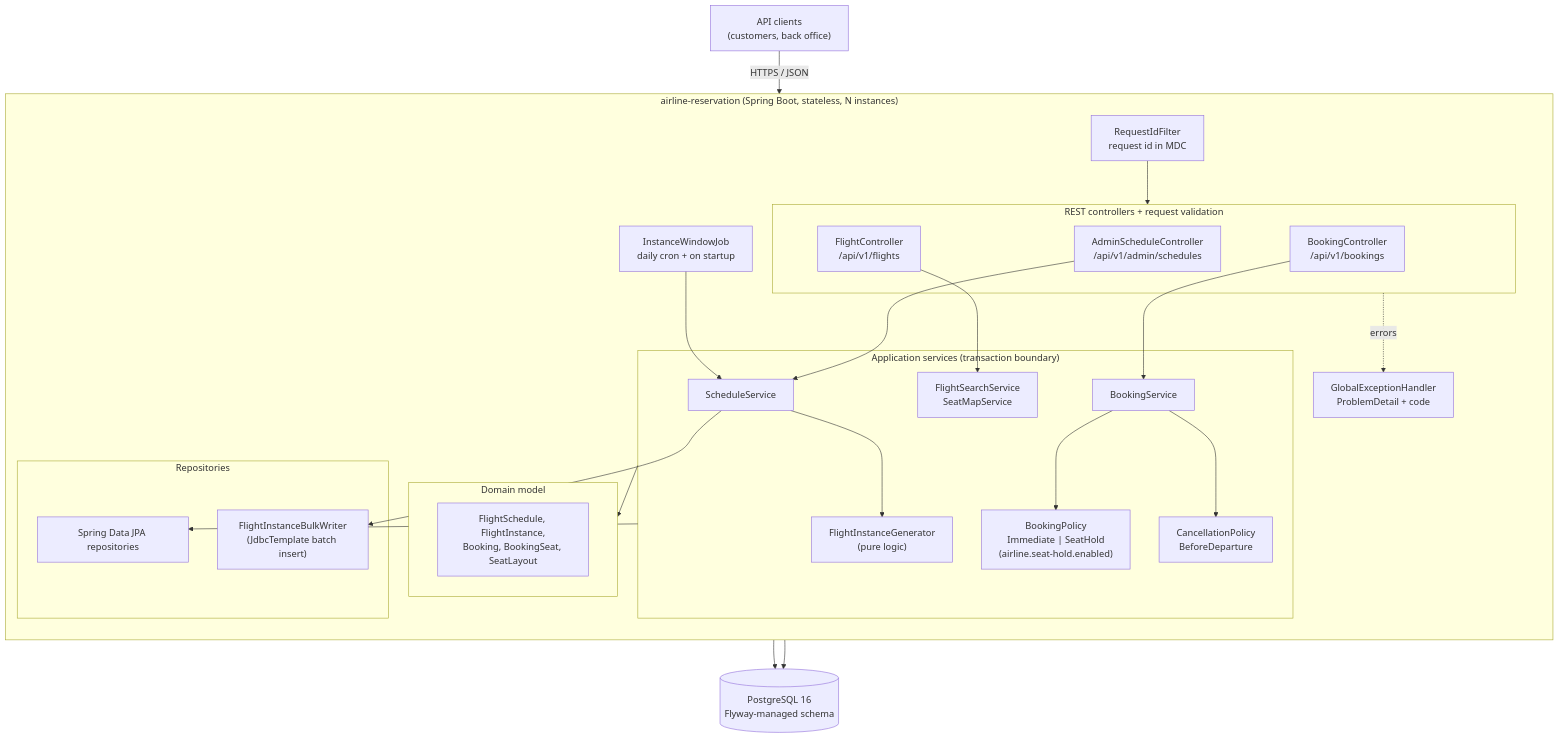
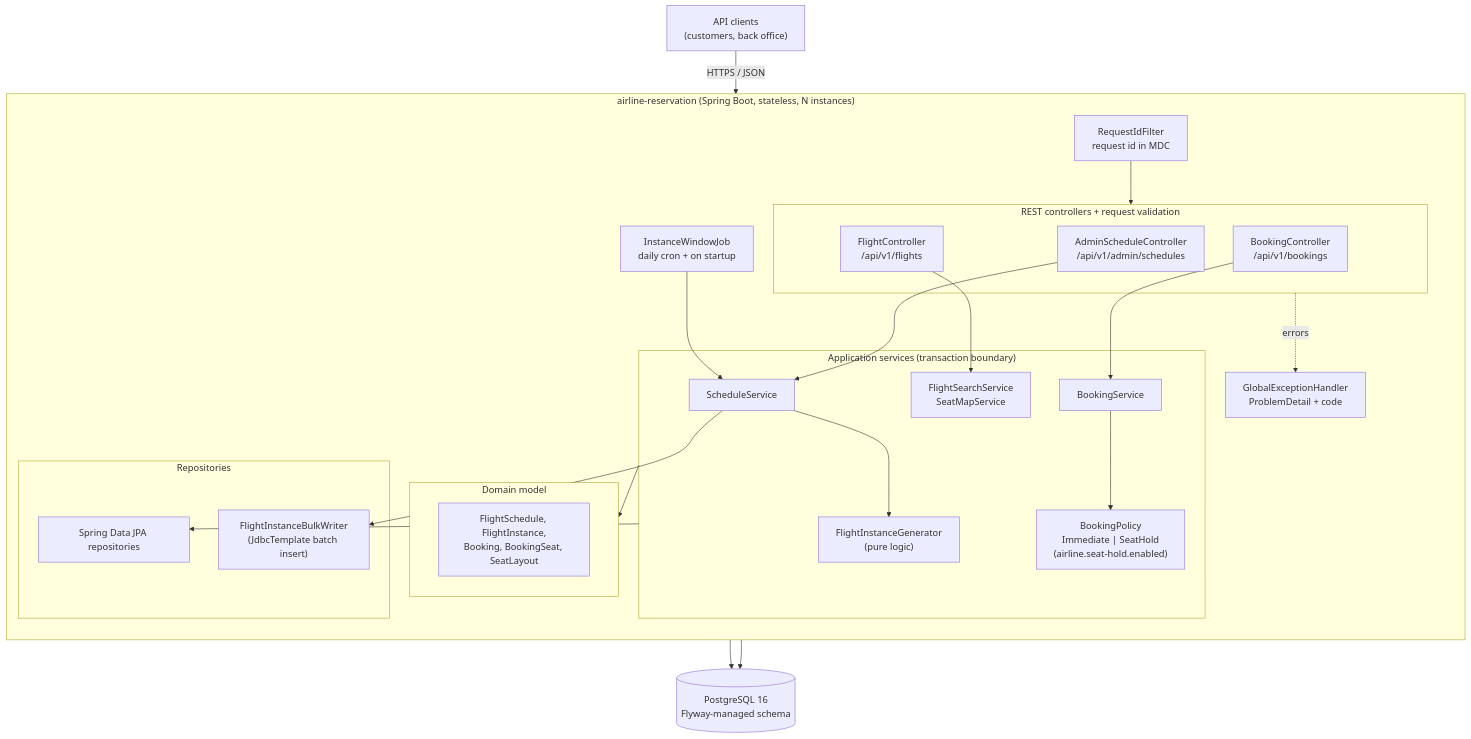
One commit to ambikadasc/airline-ticketing-system changed the diagram in hld/diagrams/architecture.mmd. Above: the diagram before and after it, drawn with Mermaid. The commit also changed 35 other files, not shown here.

Commit message:
hardening: portable tooling, safer defaults and schema integrity

```diff
--- a/hld/diagrams/architecture.mmd
+++ b/hld/diagrams/architecture.mmd
@@ -1,46 +1,44 @@
 flowchart TB
     Client["API clients<br/>(customers, back office)"]
 
     subgraph App["airline-reservation (Spring Boot, stateless, N instances)"]
         direction TB
         Filter["RequestIdFilter<br/>request id in MDC"]
         subgraph Web["REST controllers + request validation"]
             AdminCtl["AdminScheduleController<br/>/api/v1/admin/schedules"]
             FlightCtl["FlightController<br/>/api/v1/flights"]
             BookingCtl["BookingController<br/>/api/v1/bookings"]
         end
         Handler["GlobalExceptionHandler<br/>ProblemDetail + code"]
         subgraph Services["Application services (transaction boundary)"]
             ScheduleSvc["ScheduleService"]
             Generator["FlightInstanceGenerator<br/>(pure logic)"]
             SearchSvc["FlightSearchService<br/>SeatMapService"]
             BookingSvc["BookingService"]
             Policy["BookingPolicy<br/>Immediate | SeatHold<br/>(airline.seat-hold.enabled)"]
-            CancelPolicy["CancellationPolicy<br/>BeforeDeparture"]
         end
         Job["InstanceWindowJob<br/>daily cron + on startup"]
         subgraph Domain["Domain model"]
             Entities["FlightSchedule, FlightInstance,<br/>Booking, BookingSeat, SeatLayout"]
         end
         subgraph Persistence["Repositories"]
             Repos["Spring Data JPA repositories"]
             Bulk["FlightInstanceBulkWriter<br/>(JdbcTemplate batch insert)"]
         end
     end
 
     PG[("PostgreSQL 16<br/>Flyway-managed schema")]
 
     Client -->|HTTPS / JSON| Filter --> Web
     Web -.->|errors| Handler
     AdminCtl --> ScheduleSvc
     FlightCtl --> SearchSvc
     BookingCtl --> BookingSvc
     ScheduleSvc --> Generator
     Job --> ScheduleSvc
     BookingSvc --> Policy
-    BookingSvc --> CancelPolicy
     Services --> Domain
     Services --> Repos
     ScheduleSvc --> Bulk
     Repos --> PG
     Bulk --> PG
```
